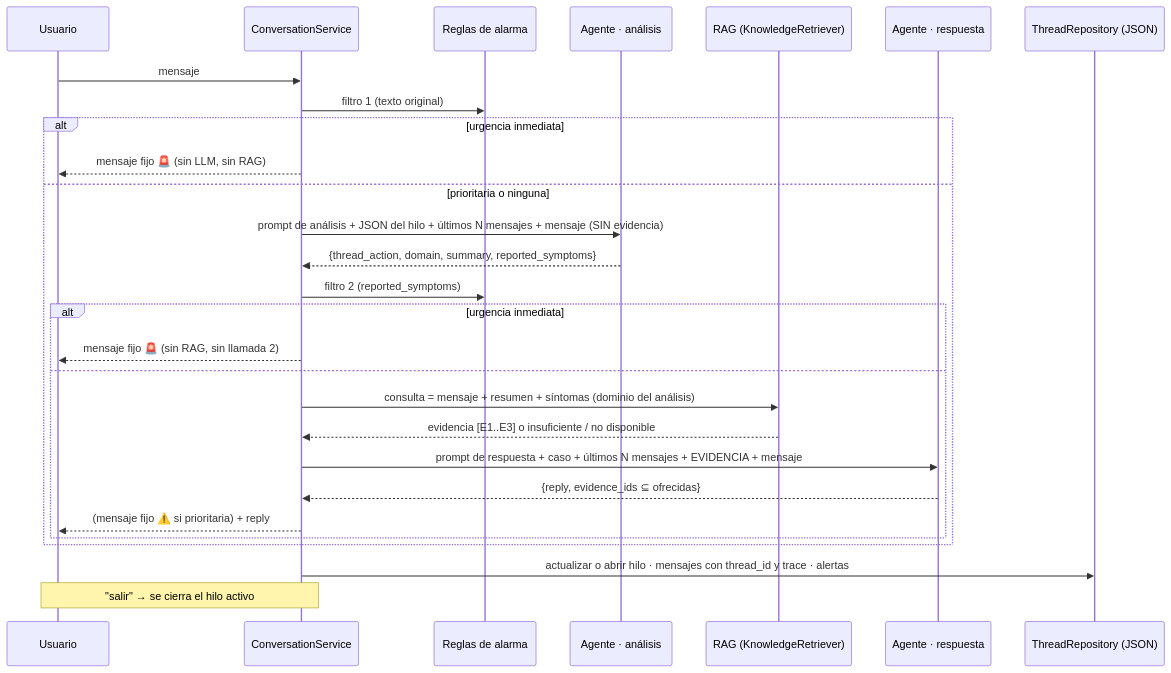
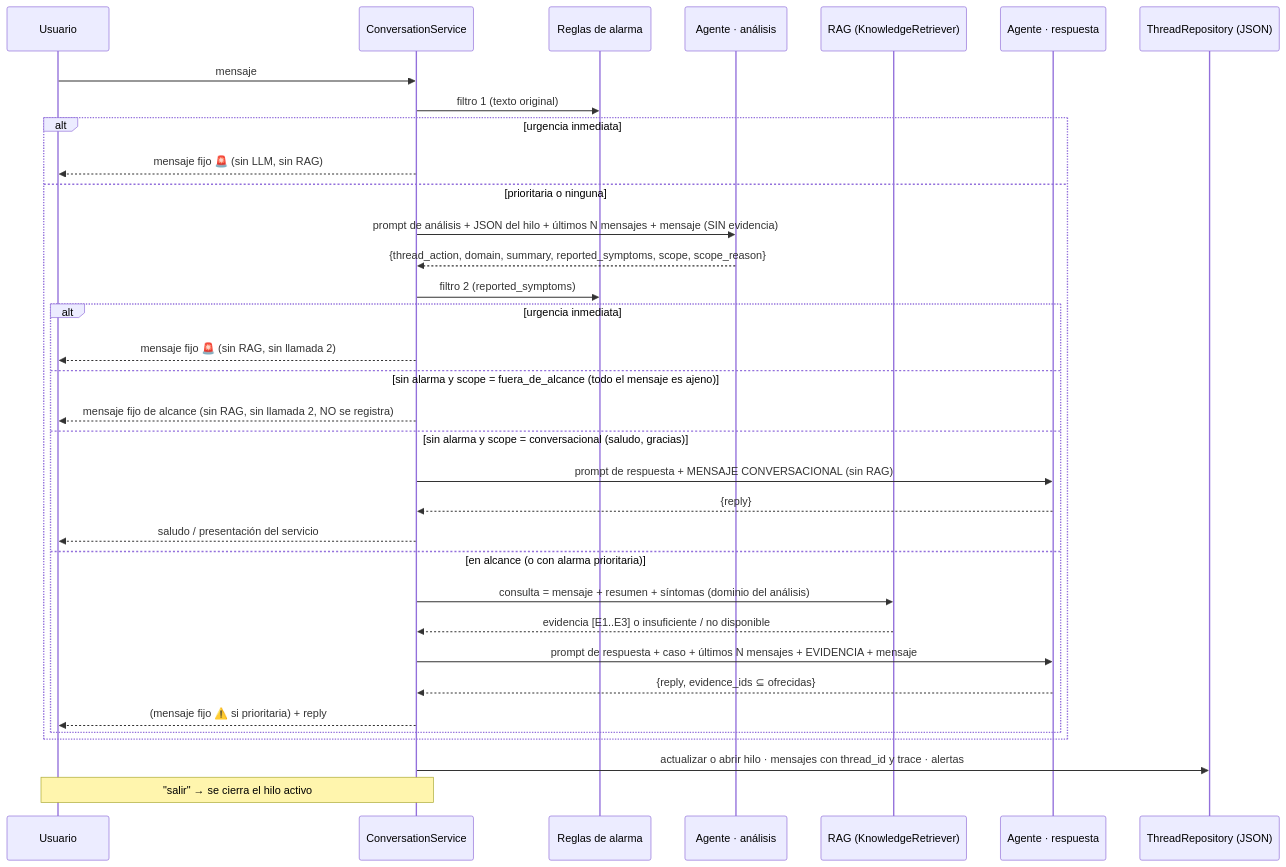
Before and after one commit to NicolasCastilloGaleano/chatbot-cardio-materno: the second of 2 diagrams in docs/03-procesos/flujos/flujo-conversacional.md, drawn with Mermaid. The commit also changed 45 other files, not shown here.

First line of the commit message:
feat(scope): control de alcance por intención, corrección del buscador y ajustes de latencia

````diff
--- a/docs/03-procesos/flujos/flujo-conversacional.md
+++ b/docs/03-procesos/flujos/flujo-conversacional.md
@@ -29,30 +29,36 @@
 ```mermaid
 sequenceDiagram
     participant U as Usuario
     participant S as ConversationService
     participant A as Reglas de alarma
     participant L1 as Agente · análisis
     participant K as RAG (KnowledgeRetriever)
     participant L2 as Agente · respuesta
     participant R as ThreadRepository (JSON)
     U->>S: mensaje
     S->>A: filtro 1 (texto original)
     alt urgencia inmediata
         S-->>U: mensaje fijo 🚨 (sin LLM, sin RAG)
     else prioritaria o ninguna
         S->>L1: prompt de análisis + JSON del hilo + últimos N mensajes + mensaje (SIN evidencia)
-        L1-->>S: {thread_action, domain, summary, reported_symptoms}
+        L1-->>S: {thread_action, domain, summary, reported_symptoms, scope, scope_reason}
         S->>A: filtro 2 (reported_symptoms)
         alt urgencia inmediata
             S-->>U: mensaje fijo 🚨 (sin RAG, sin llamada 2)
-        else
+        else sin alarma y scope = fuera_de_alcance (todo el mensaje es ajeno)
+            S-->>U: mensaje fijo de alcance (sin RAG, sin llamada 2, NO se registra)
+        else sin alarma y scope = conversacional (saludo, gracias)
+            S->>L2: prompt de respuesta + MENSAJE CONVERSACIONAL (sin RAG)
+            L2-->>S: {reply}
+            S-->>U: saludo / presentación del servicio
+        else en alcance (o con alarma prioritaria)
             S->>K: consulta = mensaje + resumen + síntomas (dominio del análisis)
             K-->>S: evidencia [E1..E3] o insuficiente / no disponible
             S->>L2: prompt de respuesta + caso + últimos N mensajes + EVIDENCIA + mensaje
             L2-->>S: {reply, evidence_ids ⊆ ofrecidas}
             S-->>U: (mensaje fijo ⚠️ si prioritaria) + reply
         end
     end
     S->>R: actualizar o abrir hilo · mensajes con thread_id y trace · alertas
     Note over U,S: "salir" → se cierra el hilo activo
 ```
````
